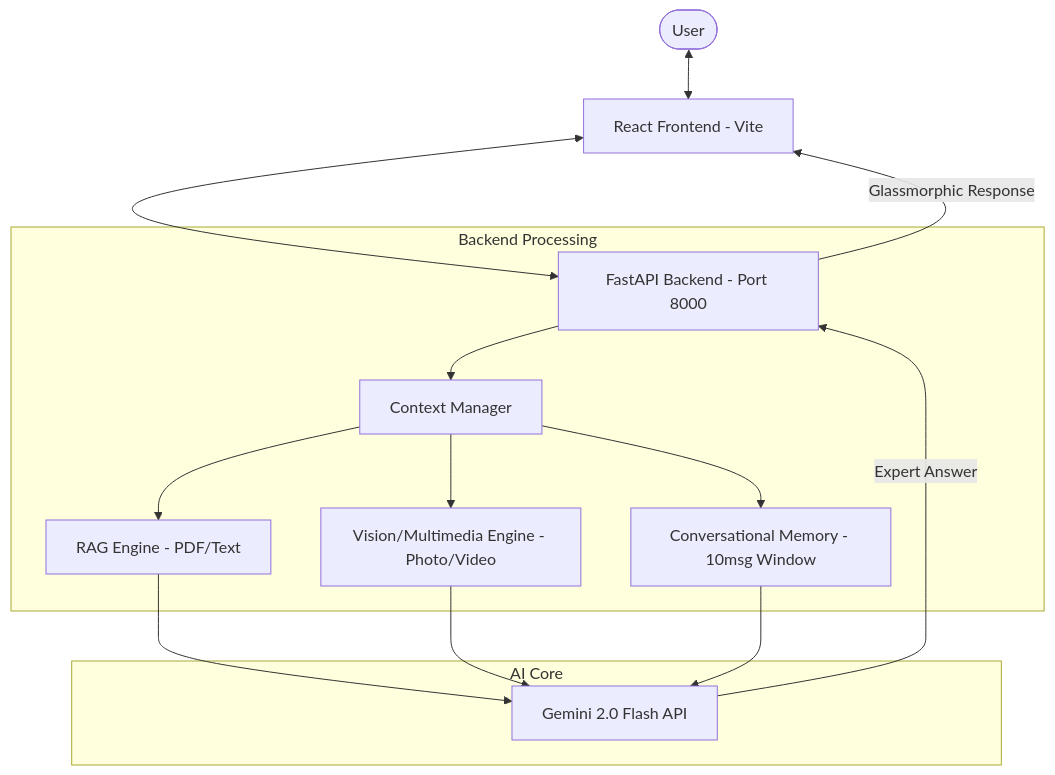
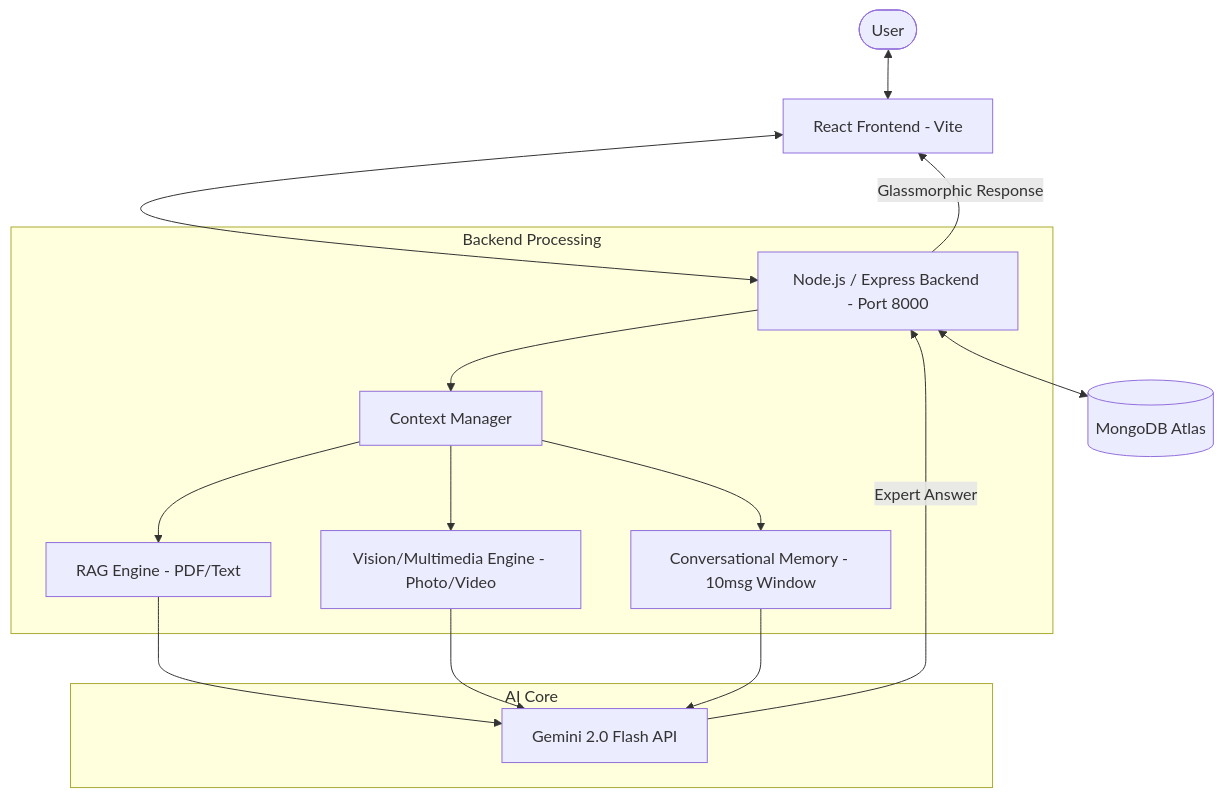
Before and after one commit to kamleshchandela/knowledge-twin: the diagram in README.md, drawn with Mermaid. The commit also changed other lines of this file and 27 other files, not shown here.

First line of the commit message:
Rewrite backend as MERN (Node/Express/MongoDB), removing Python/FastAPI

````diff
--- a/README.md
+++ b/README.md
@@ -11,21 +11,22 @@
 ```mermaid
 graph TD
     User([User]) <--> Frontend[React Frontend - Vite]
-    Frontend <--> Backend[FastAPI Backend - Port 8000]
+    Frontend <--> Backend[Node.js / Express Backend - Port 8000]
+    Backend <--> Mongo[(MongoDB Atlas)]
     
     subgraph "Backend Processing"
         Backend --> Context[Context Manager]
         Context --> RAG[RAG Engine - PDF/Text]
         Context --> Vision[Vision/Multimedia Engine - Photo/Video]
         Context --> Memory[Conversational Memory - 10msg Window]
     end
     
     subgraph "AI Core"
         RAG --> Gemini[Gemini 2.0 Flash API]
         Vision --> Gemini
         Memory --> Gemini
     end
     
     Gemini -->|Expert Answer| Backend
     Backend -->|Glassmorphic Response| Frontend
 ```
````
